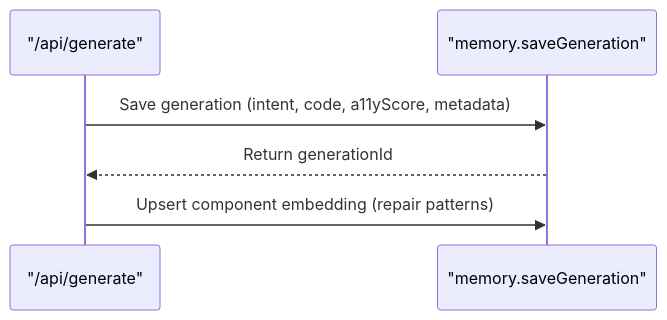
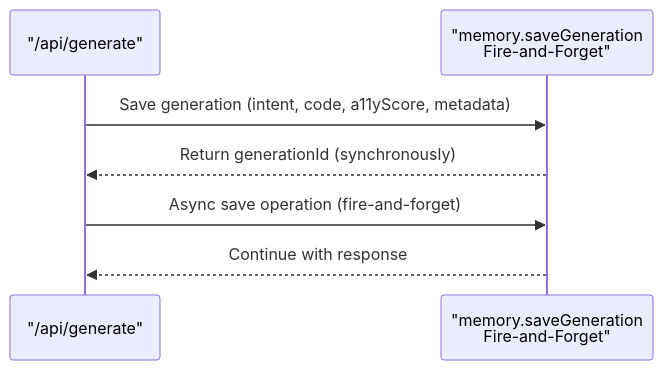
Before and after one commit to shekhargiri005-dotcom/AI-powered-accessibility-first-UI-engine: diagram 11 of 18 in .qoder/repowiki/en/content/Architecture & Design/Layered Architecture/Business Logic Layer/AI Generation Pipeline.md, drawn with Mermaid. The commit also changed other lines of this file and 8 other files, not shown here.

````diff
--- a/.qoder/repowiki/en/content/Architecture & Design/Layered Architecture/Business Logic Layer/AI Generation Pipeline.md
+++ b/.qoder/repowiki/en/content/Architecture & Design/Layered Architecture/Business Logic Layer/AI Generation Pipeline.md
@@ -541,8 +587,9 @@
 ```mermaid
 sequenceDiagram
 participant API as "/api/generate"
-participant MM as "memory.saveGeneration"
+participant MM as "memory.saveGeneration<br/>Fire-and-Forget"
 API->>MM : Save generation (intent, code, a11yScore, metadata)
-MM-->>API : Return generationId
-API->>MM : Upsert component embedding (repair patterns)
+MM-->>API : Return generationId (synchronously)
+API->>MM : Async save operation (fire-and-forget)
+MM-->>API : Continue with response
 ```
````
